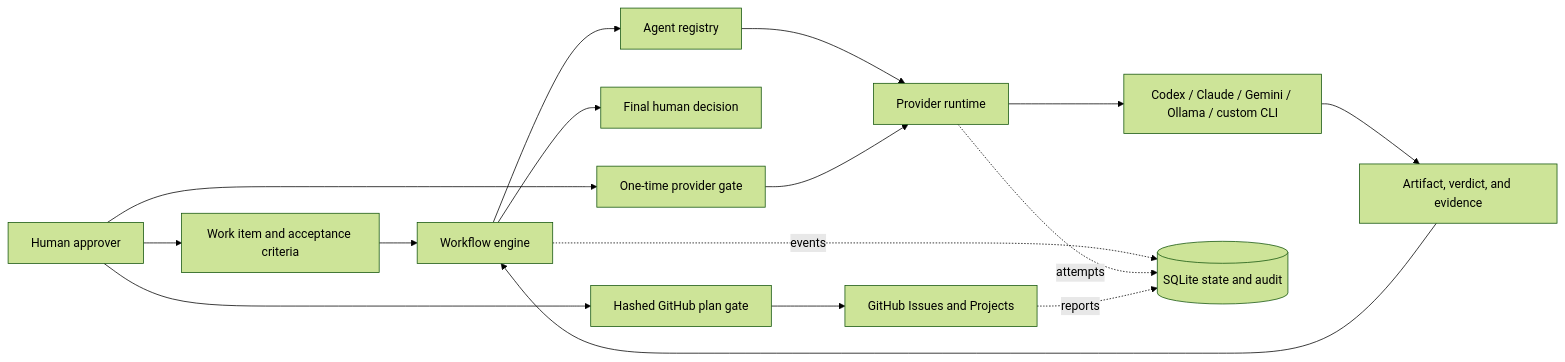
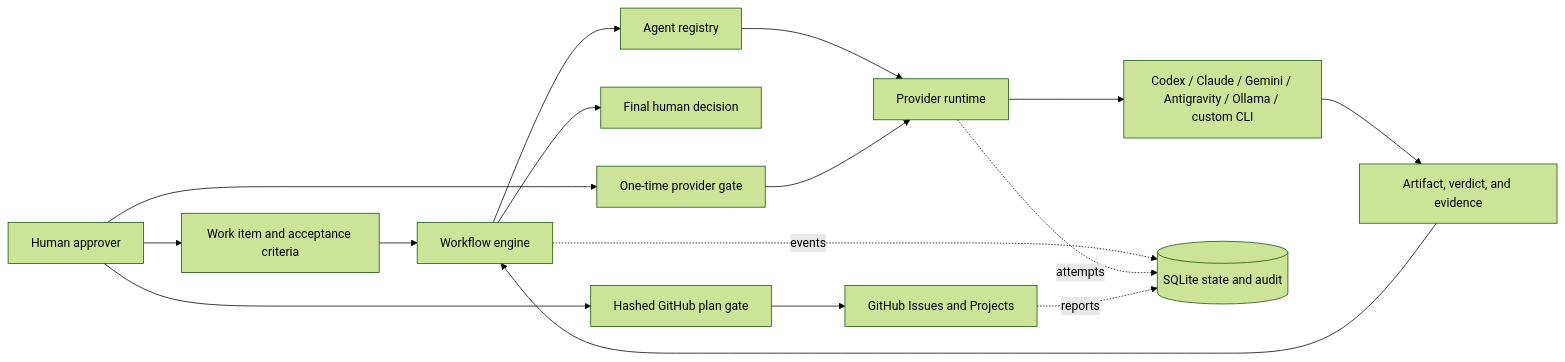
The diagram in README.md (HappyMiha/AgentFactory), drawn with Mermaid (forest theme) before and after one commit. The commit also changed other lines of this file and 16 other files, not shown here.

````diff
--- a/README.md
+++ b/README.md
@@ -38,18 +38,18 @@
 ```mermaid
 flowchart LR
     H["Human approver"] --> W["Work item and acceptance criteria"]
     W --> E["Workflow engine"]
     E --> R["Agent registry"]
     R --> P["Provider runtime"]
-    P --> M["Codex / Claude / Gemini / Ollama / custom CLI"]
+    P --> M["Codex / Claude / Gemini / Antigravity / Ollama / custom CLI"]
     M --> A["Artifact, verdict, and evidence"]
     A --> E
     E --> F["Final human decision"]
     H --> X["One-time provider gate"]
     X --> P
     H --> Q["Hashed GitHub plan gate"]
     Q --> GH["GitHub Issues and Projects"]
     E -. "events" .-> S[("SQLite state and audit")]
     P -. "attempts" .-> S
     GH -. "reports" .-> S
 ```
````
